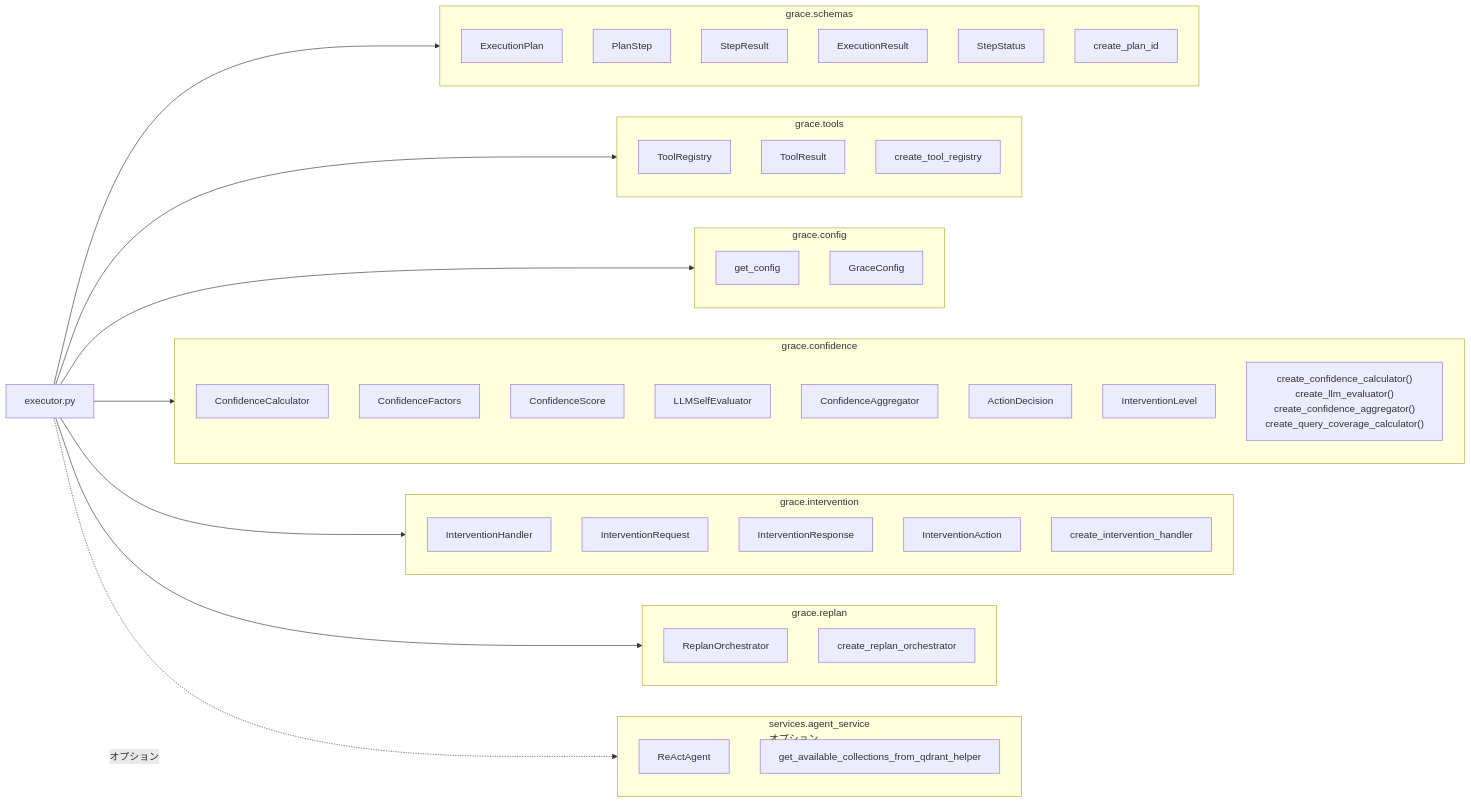
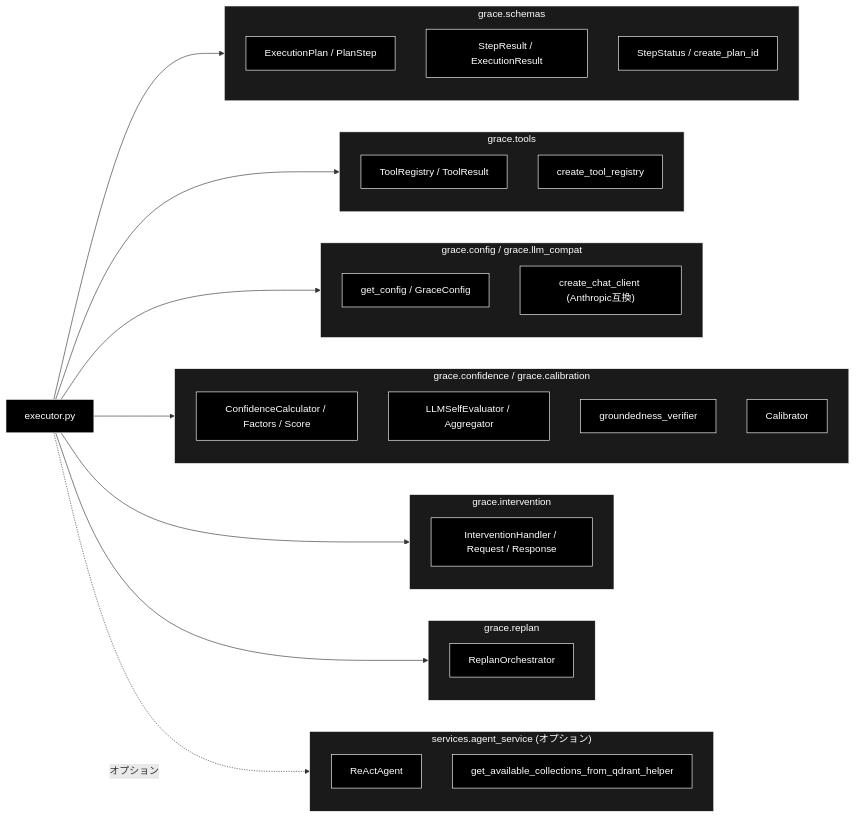
Before and after one commit to nakashima2toshio/anthropic_grace_agent_v2: the third of 5 diagrams in grace/doc/executor.md, drawn with Mermaid. The commit also changed other lines of this file and 9 other files, not shown here.

````diff
--- a/grace/doc/executor.md
+++ b/grace/doc/executor.md
@@ -1150,61 +1715,58 @@
 ```mermaid
 flowchart LR
-    EXECUTOR[executor.py]
+    EXECUTOR["executor.py"]
 
     subgraph SCHEMAS["grace.schemas"]
-        S1[ExecutionPlan]
-        S2[PlanStep]
-        S3[StepResult]
-        S4[ExecutionResult]
-        S5[StepStatus]
-        S6[create_plan_id]
+        S1["ExecutionPlan / PlanStep"]
+        S2["StepResult / ExecutionResult"]
+        S3["StepStatus / create_plan_id"]
     end
 
     subgraph TOOLS["grace.tools"]
-        T1[ToolRegistry]
-        T2[ToolResult]
-        T3[create_tool_registry]
+        T1["ToolRegistry / ToolResult"]
+        T2["create_tool_registry"]
     end
 
-    subgraph CONFIG["grace.config"]
-        C1[get_config]
-        C2[GraceConfig]
+    subgraph CONFIG["grace.config / grace.llm_compat"]
+        C1["get_config / GraceConfig"]
+        C2["create_chat_client (Anthropic互換)"]
     end
 
-    subgraph CONFIDENCE["grace.confidence"]
-        CF1[ConfidenceCalculator]
-        CF2[ConfidenceFactors]
-        CF3[ConfidenceScore]
-        CF4[LLMSelfEvaluator]
-        CF5[ConfidenceAggregator]
-        CF6[ActionDecision]
-        CF7[InterventionLevel]
-        CF8["create_confidence_calculator()\ncreate_llm_evaluator()\ncreate_confidence_aggregator()\ncreate_query_coverage_calculator()"]
+    subgraph CONFIDENCE["grace.confidence / grace.calibration"]
+        CF1["ConfidenceCalculator / Factors / Score"]
+        CF2["LLMSelfEvaluator / Aggregator"]
+        CF3["groundedness_verifier"]
+        CF4["Calibrator"]
     end
 
     subgraph INTERVENTION["grace.intervention"]
-        I1[InterventionHandler]
-        I2[InterventionRequest]
-        I3[InterventionResponse]
-        I4[InterventionAction]
-        I5[create_intervention_handler]
+        I1["InterventionHandler / Request / Response"]
     end
 
     subgraph REPLAN["grace.replan"]
-        R1[ReplanOrchestrator]
-        R2[create_replan_orchestrator]
+        R1["ReplanOrchestrator"]
     end
 
-    subgraph LEGACY["services.agent_service\nオプション"]
-        L1[ReActAgent]
-        L2[get_available_collections_from_qdrant_helper]
+    subgraph LEGACY["services.agent_service (オプション)"]
+        L1["ReActAgent"]
+        L2["get_available_collections_from_qdrant_helper"]
     end
 
     EXECUTOR --> SCHEMAS
     EXECUTOR --> TOOLS
     EXECUTOR --> CONFIG
     EXECUTOR --> CONFIDENCE
     EXECUTOR --> INTERVENTION
     EXECUTOR --> REPLAN
     EXECUTOR -.->|オプション| LEGACY
+classDef default fill:#000,stroke:#fff,color:#fff
+classDef subgraphStyle fill:#1a1a1a,stroke:#fff,color:#fff
+class EXECUTOR,S1,S2,S3,T1,T2,C1,C2,CF1,CF2,CF3,CF4,I1,R1,L1,L2 default
+style SCHEMAS fill:#1a1a1a,stroke:#fff,color:#fff
+style TOOLS fill:#1a1a1a,stroke:#fff,color:#fff
+style CONFIG fill:#1a1a1a,stroke:#fff,color:#fff
+style CONFIDENCE fill:#1a1a1a,stroke:#fff,color:#fff
+style INTERVENTION fill:#1a1a1a,stroke:#fff,color:#fff
+style REPLAN fill:#1a1a1a,stroke:#fff,color:#fff
+style LEGACY fill:#1a1a1a,stroke:#fff,color:#fff
 ```
````
